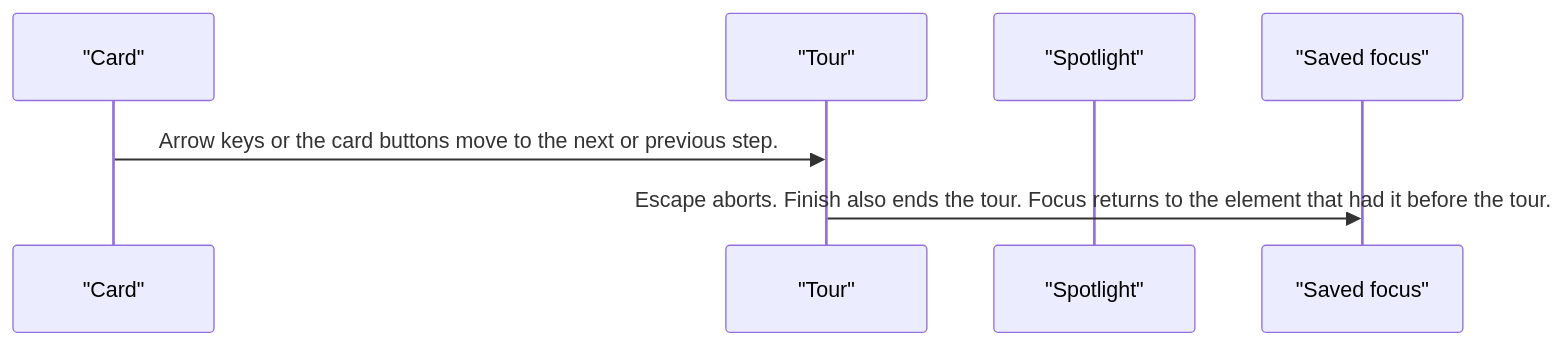
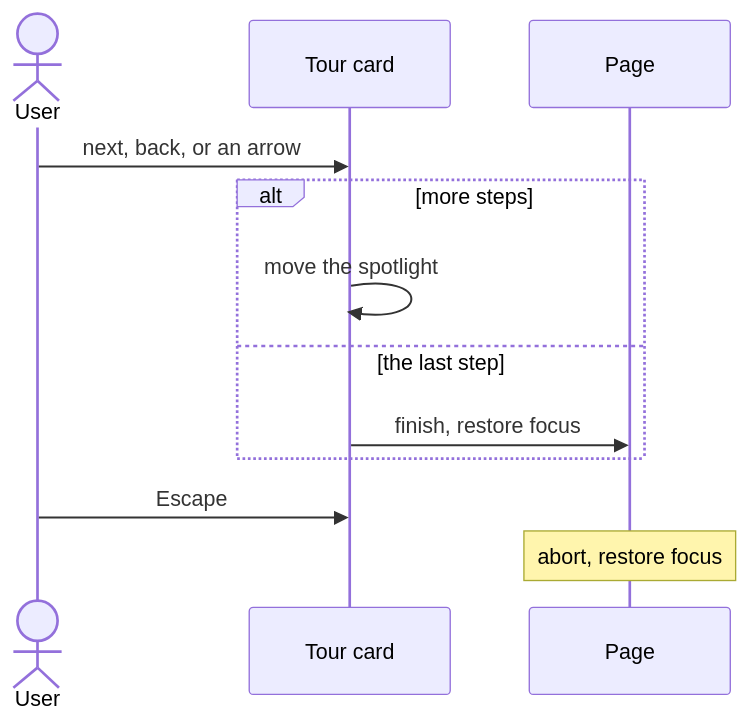
One commit to RajshekharBorate/pixel-ui changed the third of 4 diagrams in projects/pixel-ui/src/lib/pixel-tour/DESIGN.md. Above: the diagram before and after it, drawn with Mermaid. The commit also changed other lines of this file and 73 other files, not shown here.

Commit message:
Explain who owns each value and what each flow does in every component and service design.

````diff
--- a/projects/pixel-ui/src/lib/pixel-tour/DESIGN.md
+++ b/projects/pixel-ui/src/lib/pixel-tour/DESIGN.md
@@ -66,9 +77,14 @@
 ```mermaid
 sequenceDiagram
-  participant card as "Card"
-  participant tour as "Tour"
-  participant spot as "Spotlight"
-  participant focus as "Saved focus"
-  card->>tour: Arrow keys or the card buttons move to the next or previous step.
-  tour->>focus: Escape aborts. Finish also ends the tour. Focus returns to the element that had it before the tour.
+  actor User
+  participant Card as Tour card
+  participant Page
+  User->>Card: next, back, or an arrow
+  alt more steps
+    Card->>Card: move the spotlight
+  else the last step
+    Card->>Page: finish, restore focus
+  end
+  User->>Card: Escape
+  Note over Page: abort, restore focus
 ```
````
